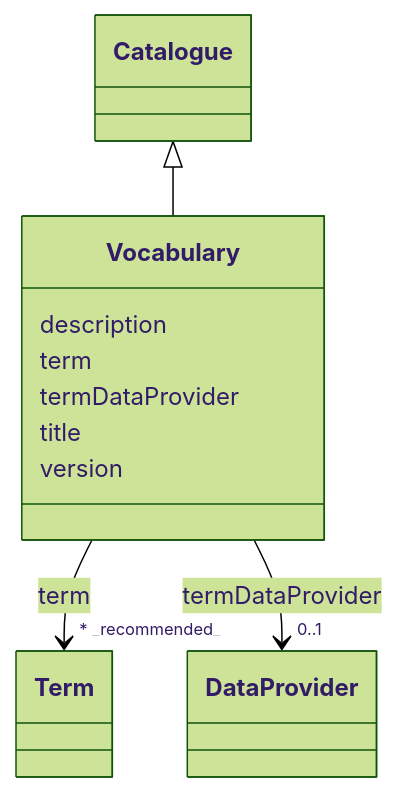
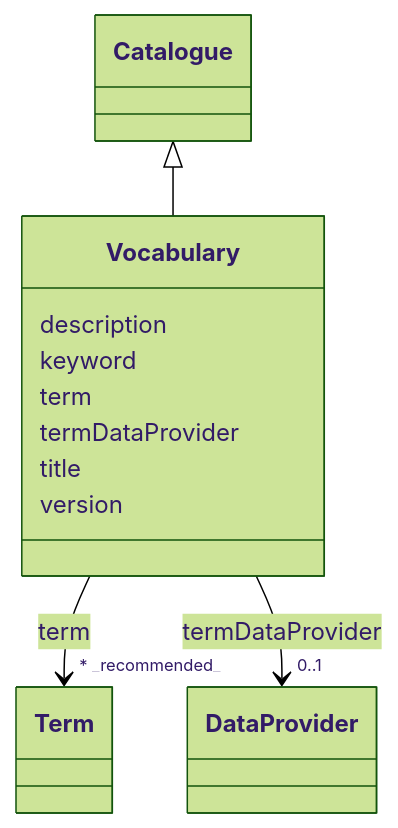
Before and after one commit to EVORA-project/evora-ontology: the diagram in models/docs/Vocabulary.md, drawn with Mermaid (forest theme). The commit also changed other lines of this file and 402 other files, not shown here.

````diff
--- a/models/docs/Vocabulary.md
+++ b/models/docs/Vocabulary.md
@@ -19,33 +19,35 @@
 ```mermaid
  classDiagram
     class Vocabulary
     click Vocabulary href "../Vocabulary"
       Catalogue <|-- Vocabulary
         click Catalogue href "../Catalogue"
       
       Vocabulary : description
+        
+      Vocabulary : keyword
         
       Vocabulary : term
         
           
     
     
     Vocabulary --> "* _recommended_" Term : term
     click Term href "../Term"
 
         
       Vocabulary : termDataProvider
         
           
     
     
     Vocabulary --> "0..1" DataProvider : termDataProvider
     click DataProvider href "../DataProvider"
 
         
       Vocabulary : title
         
       Vocabulary : version
         
       
 ```
````
